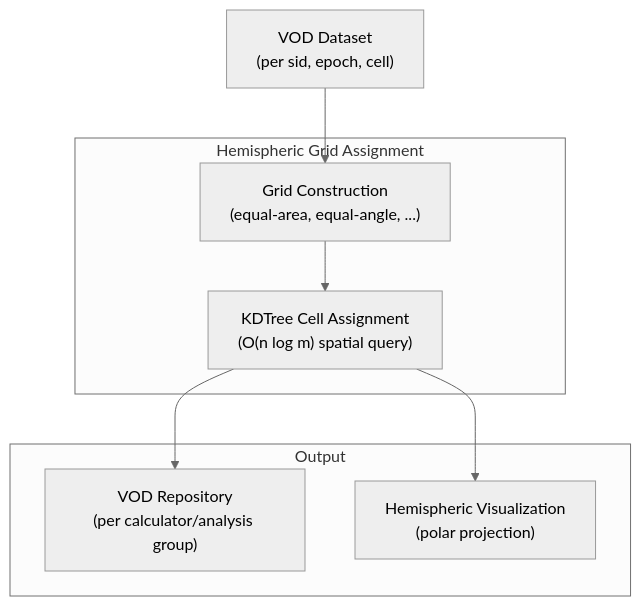
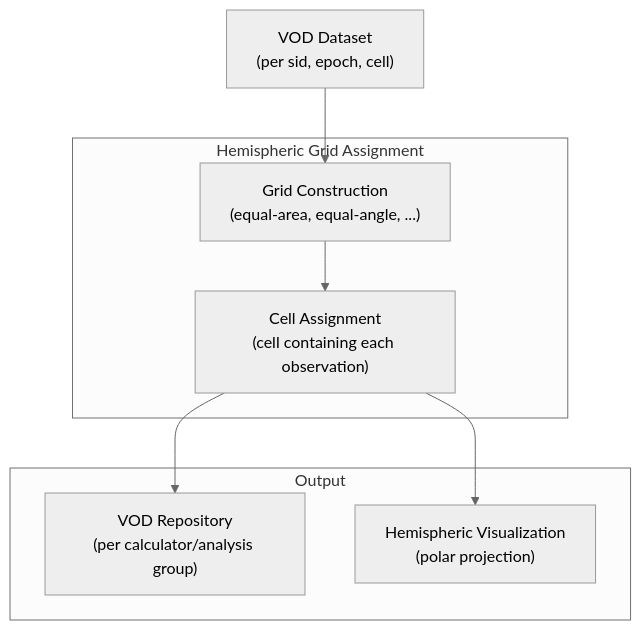
The diagram in docs/diagrams/paper_figs/05d-grid-assignment-output.mmd (nfb2021/canvodpy), drawn with Mermaid (neutral theme) before and after one commit. The commit also changed 16 other files, not shown here.

First line of the commit message:
fix(grids): assign each observation to the cell that contains it

```diff
--- a/docs/diagrams/paper_figs/05d-grid-assignment-output.mmd
+++ b/docs/diagrams/paper_figs/05d-grid-assignment-output.mmd
@@ -1,17 +1,17 @@
 flowchart TD
     VOD_DS["VOD Dataset<br/>(per sid, epoch, cell)"]
 
     subgraph GRIDDING[Hemispheric Grid Assignment]
         GRID["Grid Construction<br/>(equal-area, equal-angle, ...)"]
-        KDTREE["KDTree Cell Assignment<br/>(O(n log m) spatial query)"]
+        KDTREE["Cell Assignment<br/>(cell containing each observation)"]
     end
 
     subgraph OUTPUT[Output]
         VOD_REPO["VOD Repository<br/>(per calculator/analysis group)"]
         VIZ["Hemispheric Visualization<br/>(polar projection)"]
     end
 
     VOD_DS --> GRID
     GRID --> KDTREE
     KDTREE --> VOD_REPO
     KDTREE --> VIZ
```
